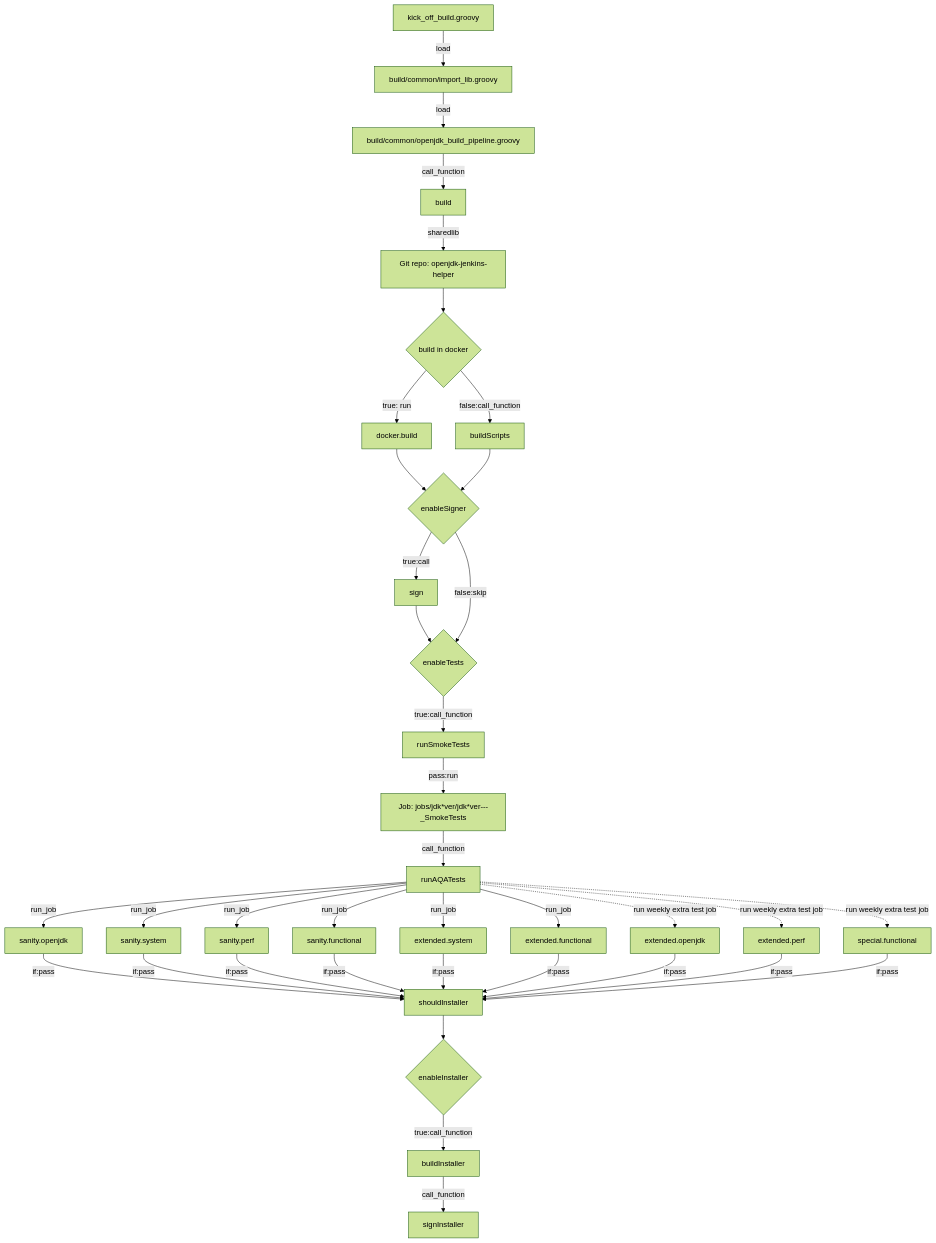
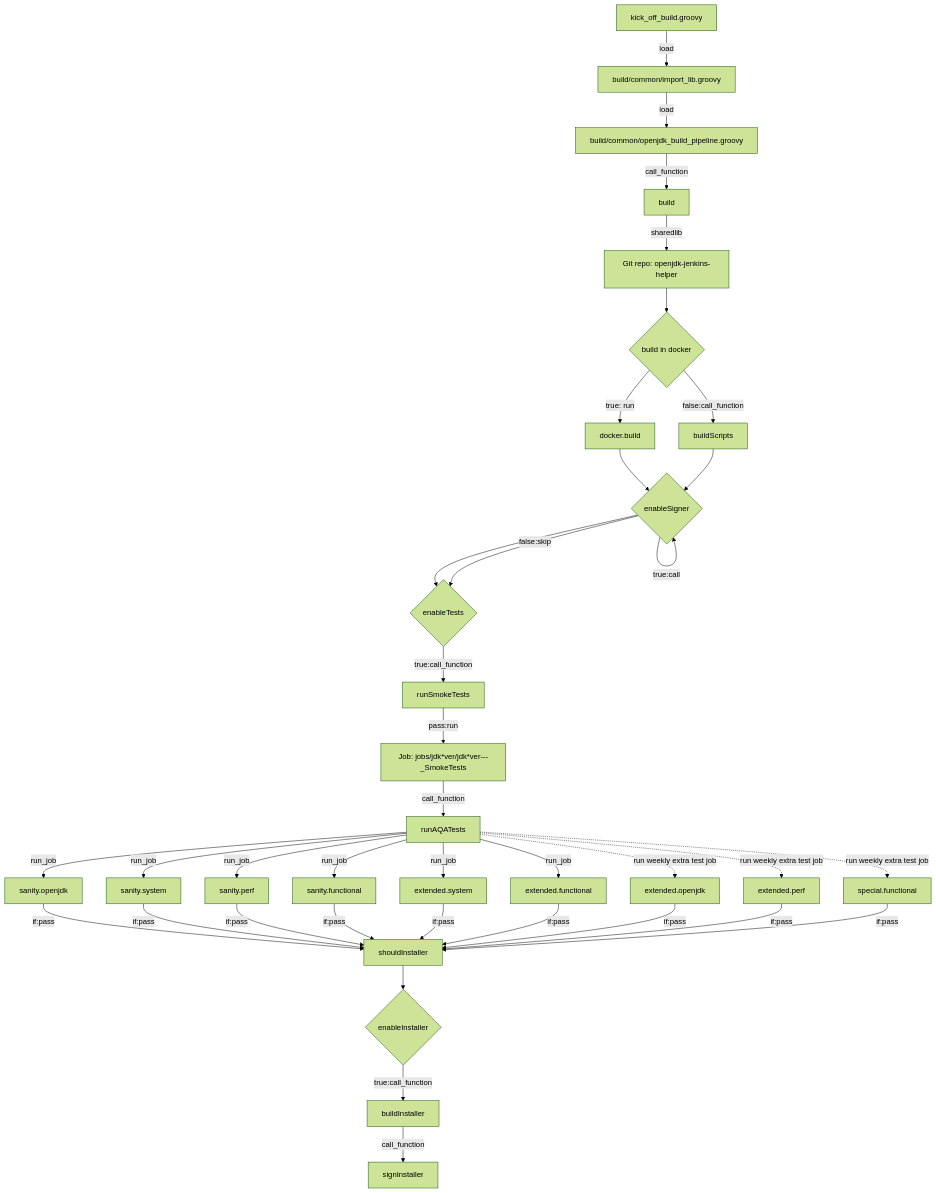
The eighth of 10 diagrams in docs/diagram.md (adoptium/ci-jenkins-pipelines), drawn with Mermaid (forest theme) before and after one commit.

Commit message:
Update docs/diagram.md fix typo

````diff
--- a/docs/diagram.md
+++ b/docs/diagram.md
@@ -91,32 +91,32 @@
 ```mermaid
 flowchart TD
 starter[kick_off_build.groovy] --load--> import[build/common/import_lib.groovy] --load--> Load1[build/common/openjdk_build_pipeline.groovy] --call_function--> Builder[build] 
 Builder --sharedlib --> 
 Load3[Git repo: openjdk-jenkins-helper] --> docker{build in docker}
 docker --true: run--> dockerbuild[docker.build] --> sign
-docker --false:call_function--> CallbuildScript[buildScripts] --> sign{enableSigner} --true:call--> sing[sign] --> testStage{enableTests}
+docker --false:call_function--> CallbuildScript[buildScripts] --> sign{enableSigner} --true:call--> sign[sign] --> testStage{enableTests}
 sign{enableSigner} --false:skip --> testStage --true:call_function--> smoketest[runSmokeTests] --pass:run-->
 smoke[Job: jobs/jdk*ver/jdk*ver-<os>-<arch>-<variant>_SmokeTests] --call_function--> Stage2[runAQATests]
 
 Stage2 --run_job--> sanity1[sanity.openjdk]
 Stage2 --run_job--> sanity2[sanity.system]
 Stage2 --run_job--> sanity3[sanity.perf]
 Stage2 --run_job--> sanity4[sanity.functional]
 Stage2 --run_job--> extended1[extended.system]
 Stage2 --run_job--> extended2[extended.functional]
 Stage2 -.->|run weekly extra test job| weekly1[extended.openjdk]
 Stage2 -.->|run weekly extra test job| weekly2[extended.perf]
 Stage2 -.->|run weekly extra test job| weekly3[special.functional]
 
 sanity1 --if:pass--> shouldInstaller
 sanity2 --if:pass--> shouldInstaller
 sanity3 --if:pass--> shouldInstaller
 sanity4 --if:pass--> shouldInstaller
 extended1 --if:pass--> shouldInstaller
 extended2 --if:pass--> shouldInstaller
 weekly1 -->|if:pass| shouldInstaller
 weekly2  -->|if:pass| shouldInstaller
 weekly3  -->|if:pass| shouldInstaller
 
 shouldInstaller --> install{enableInstaller} --true:call_function--> bI[buildInstaller] --call_function--> sI[signInstaller]
 ```
````
